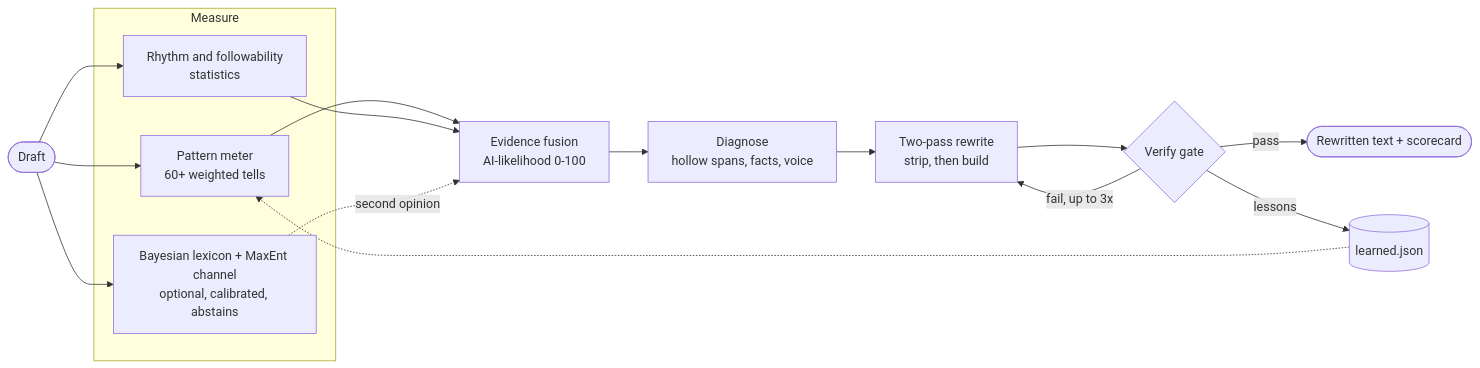
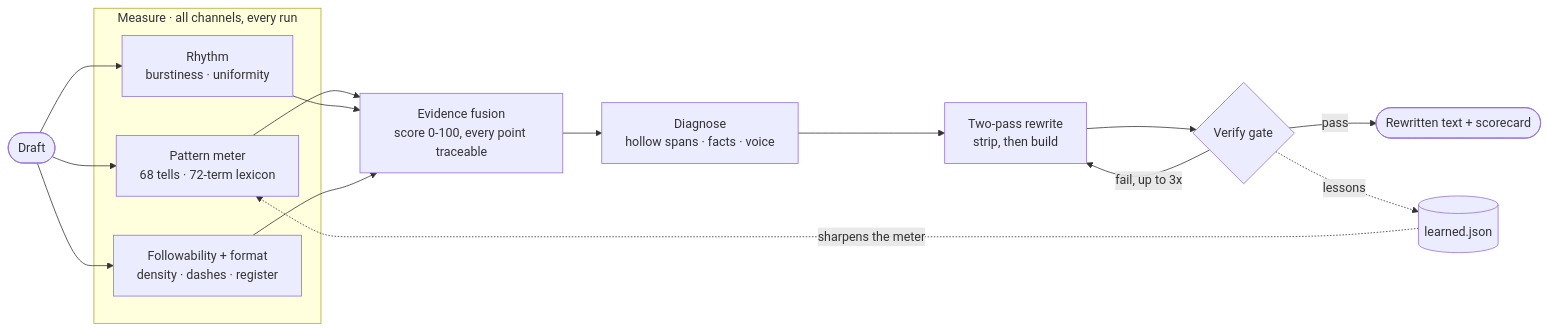
Before and after one commit to manavmishra/ZeroSlop: the diagram in README.md, drawn with Mermaid. The commit also changed other lines of this file and 8 other files, not shown here.

First line of the commit message:
Cut the MaxEnt channel: it was confidently wrong on current-era text

````diff
--- a/README.md
+++ b/README.md
@@ -182,18 +188,17 @@
 ```mermaid
 flowchart LR
-    D([Draft]) --> PM & RS & ML
-    subgraph Measure
-      PM[Pattern meter<br/>60+ weighted tells]
-      RS[Rhythm and followability<br/>statistics]
-      ML[Bayesian lexicon + MaxEnt channel<br/>optional, calibrated, abstains]
+    D([Draft]) --> PM & RH & FF
+    subgraph Measure["Measure · all channels, every run"]
+      PM[Pattern meter<br/>68 tells · 72-term lexicon]
+      RH[Rhythm<br/>burstiness · uniformity]
+      FF[Followability + format<br/>density · dashes · register]
     end
-    PM & RS --> F[Evidence fusion<br/>AI-likelihood 0-100]
-    ML -.second opinion.-> F
-    F --> J[Diagnose<br/>hollow spans, facts, voice]
+    PM & RH & FF --> F[Evidence fusion<br/>score 0-100, every point traceable]
+    F --> J[Diagnose<br/>hollow spans · facts · voice]
     J --> W[Two-pass rewrite<br/>strip, then build]
     W --> G{Verify gate}
     G -- pass --> O([Rewritten text + scorecard])
     G -- "fail, up to 3x" --> W
-    G -- lessons --> L[(learned.json)]
-    L -.-> PM
+    G -. lessons .-> L[(learned.json)]
+    L -. sharpens the meter .-> PM
 ```
````
